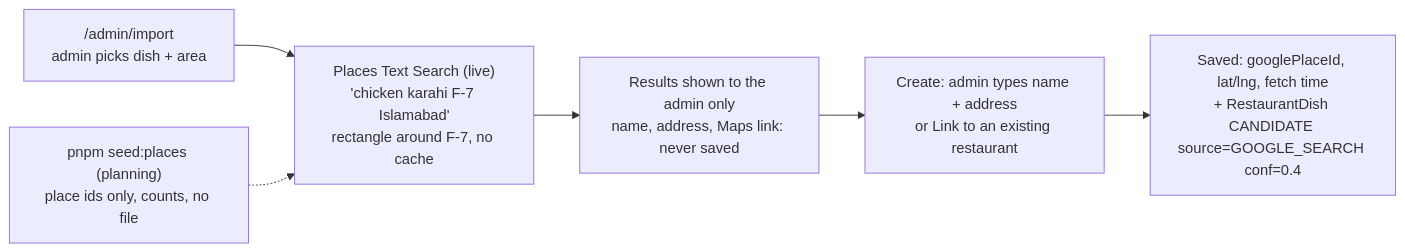
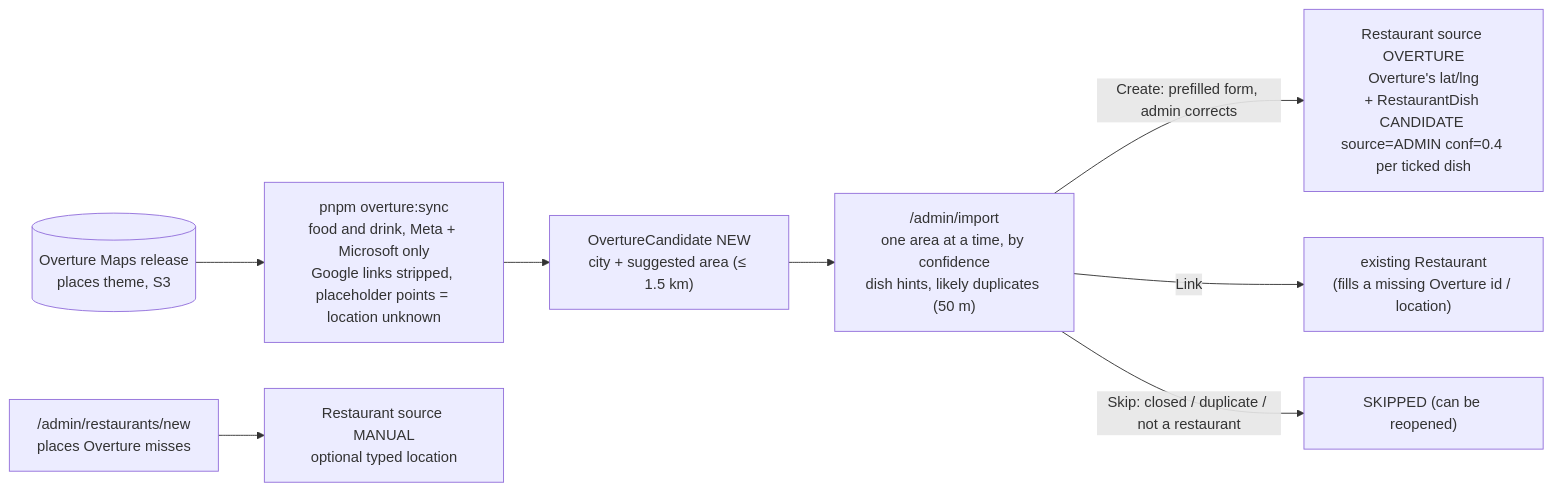
The fifth of 8 diagrams in docs/02-ARCHITECTURE.md (JawadSarfraz/dishrank), drawn with Mermaid before and after one commit. The commit also changed other lines of this file and 19 other files, not shown here.

````diff
--- a/docs/02-ARCHITECTURE.md
+++ b/docs/02-ARCHITECTURE.md
@@ -111,8 +111,10 @@
 ```mermaid
 flowchart LR
-  A["/admin/import<br/>admin picks dish + area"] --> Q["Places Text Search (live)<br/>'chicken karahi F-7 Islamabad'<br/>rectangle around F-7, no cache"]
-  Q --> R["Results shown to the admin only<br/>name, address, Maps link: never saved"]
-  R --> C["Create: admin types name + address<br/>or Link to an existing restaurant"]
-  C --> RD["Saved: googlePlaceId, lat/lng, fetch time<br/>+ RestaurantDish CANDIDATE source=GOOGLE_SEARCH conf=0.4"]
-  P["pnpm seed:places (planning)<br/>place ids only, counts, no file"] -.-> Q
+  O[("Overture Maps release<br/>places theme, S3")] --> S["pnpm overture:sync<br/>food and drink, Meta + Microsoft only<br/>Google links stripped, placeholder points = location unknown"]
+  S --> C["OvertureCandidate NEW<br/>city + suggested area (≤ 1.5 km)"]
+  C --> A["/admin/import<br/>one area at a time, by confidence<br/>dish hints, likely duplicates (50 m)"]
+  A -->|Create: prefilled form, admin corrects| R["Restaurant source OVERTURE<br/>Overture's lat/lng<br/>+ RestaurantDish CANDIDATE source=ADMIN conf=0.4 per ticked dish"]
+  A -->|Link| L["existing Restaurant<br/>(fills a missing Overture id / location)"]
+  A -->|Skip: closed / duplicate / not a restaurant| K["SKIPPED (can be reopened)"]
+  M["/admin/restaurants/new<br/>places Overture misses"] --> R2["Restaurant source MANUAL<br/>optional typed location"]
 ```
````
